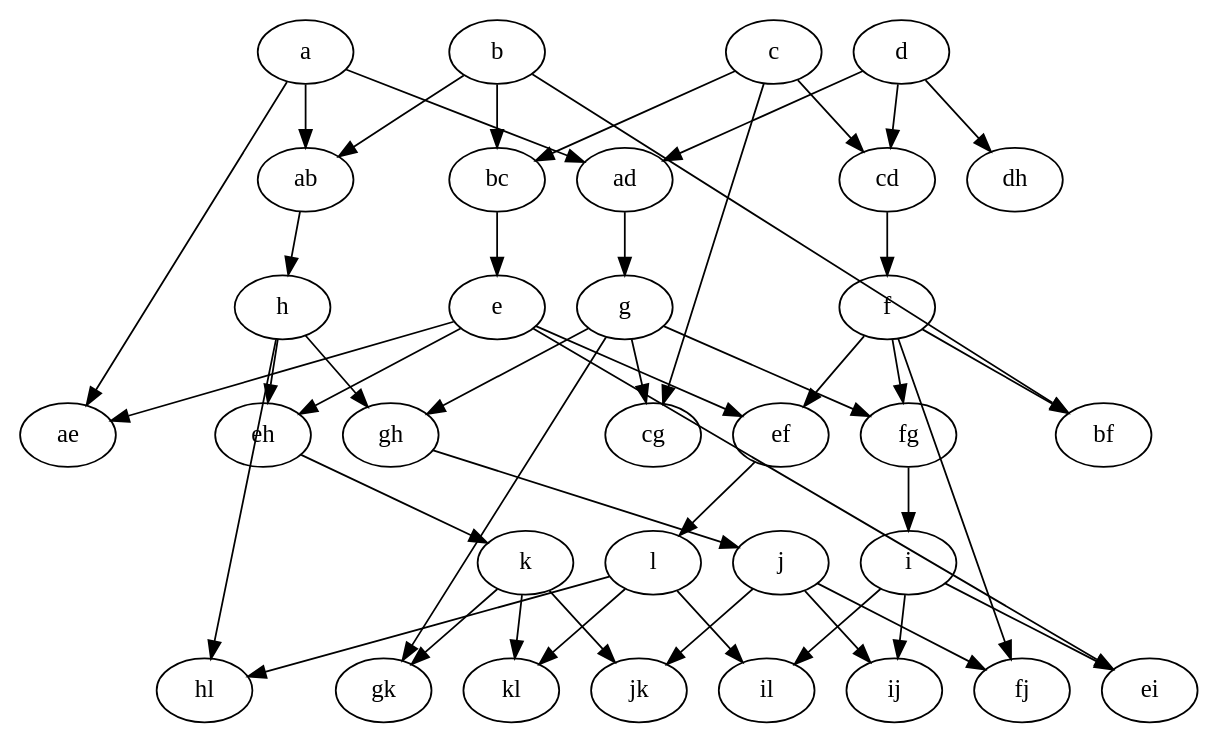
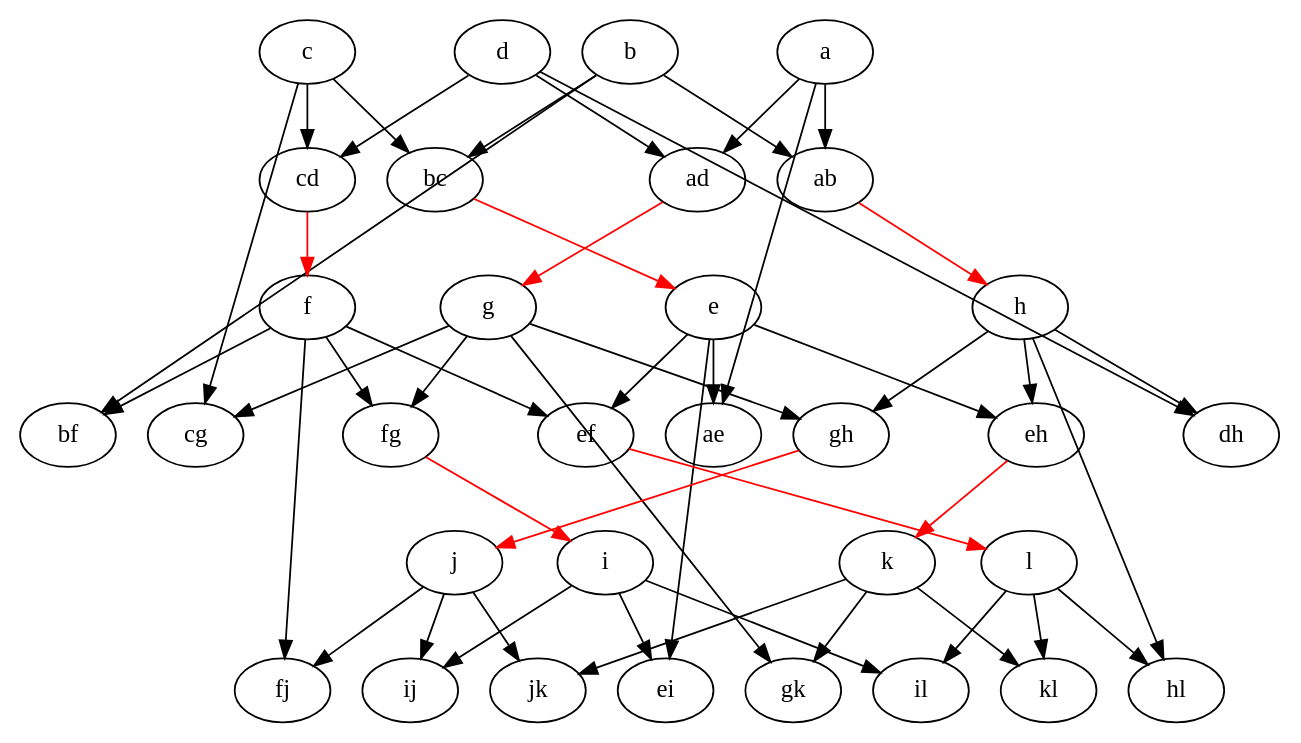
The diagram in assemblies/recursive.dot (ArdooTala/Recon_Clustering), drawn with Graphviz before and after one commit. The commit also changed 13 other files, not shown here.

```diff
--- a/assemblies/recursive.dot
+++ b/assemblies/recursive.dot
@@ -1,26 +1,26 @@
 digraph RECURSIVE {
     splines=line;
 
     a -> {ab ad ae}
     b -> {ab bc bf}
     c -> {bc cd cg}
     d -> {cd ad dh}
     e -> {ef eh ae ei}
     f -> {ef fg bf fj}
     g -> {fg gh cg gk}
-    h -> {eh gh hl hl}
+    h -> {eh gh hl dh}
     i -> {ij il ei}
     j -> {ij jk fj}
     k -> {jk kl gk}
     l -> {il kl hl}
 
-    ab -> h
-    bc -> e
-    cd -> f
-    ad -> g
+    ab -> h [color=red]
+    bc -> e [color=red]
+    cd -> f [color=red]
+    ad -> g [color=red]
 
-    ef -> l
-    fg -> i
-    gh -> j
-    eh -> k
+    ef -> l [color=red]
+    fg -> i [color=red]
+    gh -> j [color=red]
+    eh -> k [color=red]
 }
```
